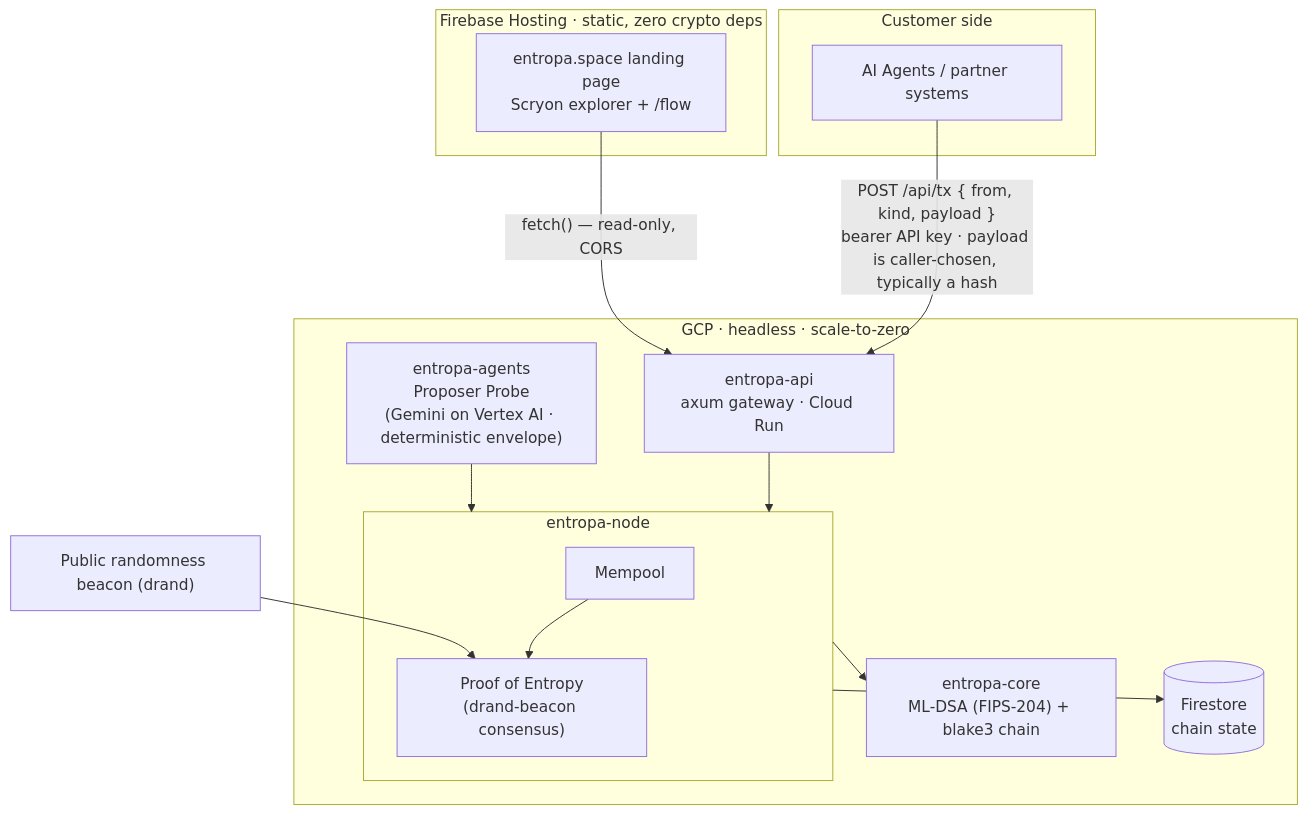
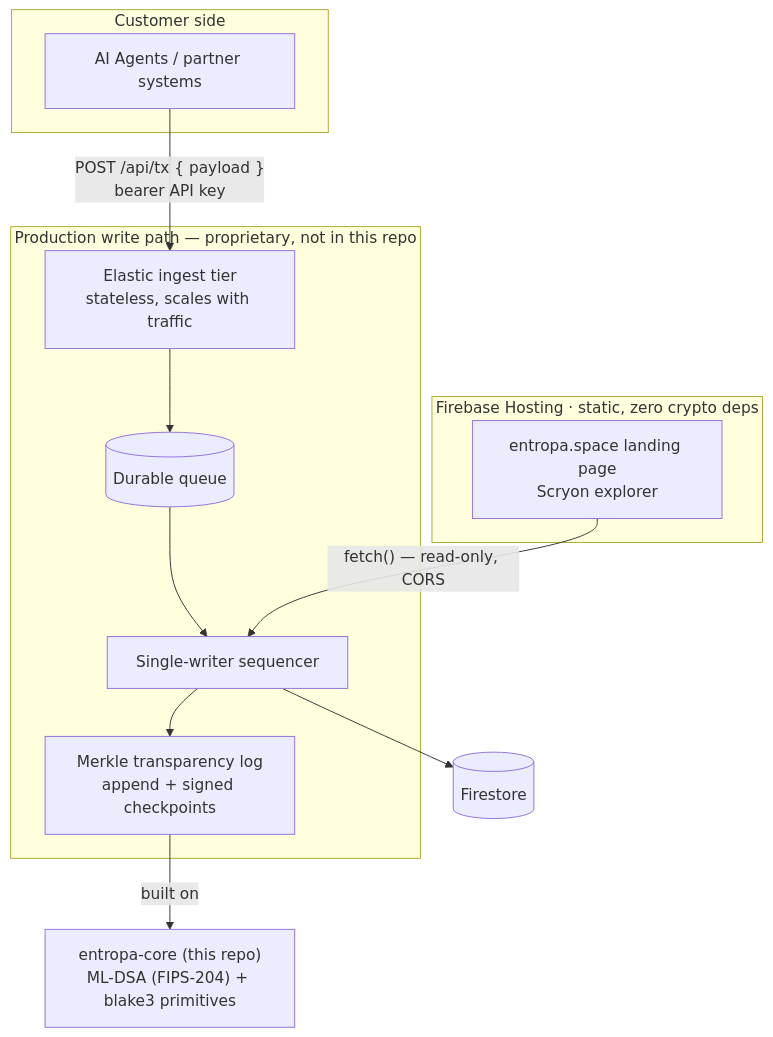
The first of 2 diagrams in ARCHITECTURE.md (aimozart/entropa-public), drawn with Mermaid before and after one commit. The commit also changed other lines of this file, not shown here.

First line of the commit message:
Update architecture diagram for the current Merkle-log + elastic-ingestion system

````diff
--- a/ARCHITECTURE.md
+++ b/ARCHITECTURE.md
@@ -8,30 +16,25 @@
 ```mermaid
 flowchart TB
   subgraph Customer["Customer side"]
     Agents["AI Agents / partner systems"]
   end
 
-  Agents -->|"POST /api/tx { from, kind, payload }<br/>bearer API key · payload is caller-chosen, typically a hash"| API
+  Agents -->|"POST /api/tx { payload }<br/>bearer API key"| INGEST
 
-  subgraph GCP["GCP · headless · scale-to-zero"]
-    API["entropa-api<br/>axum gateway · Cloud Run"]
-    subgraph NODE["entropa-node"]
-      Mempool["Mempool"] --> PoE["Proof of Entropy<br/>(drand-beacon consensus)"]
-    end
-    PROBES["entropa-agents<br/>Proposer Probe<br/>(Gemini on Vertex AI · deterministic envelope)"]
-    CORE["entropa-core<br/>ML-DSA (FIPS-204) + blake3 chain"]
-    STORE[("Firestore<br/>chain state")]
+  subgraph PROD["Production write path — proprietary, not in this repo"]
+    INGEST["Elastic ingest tier<br/>stateless, scales with traffic"]
+    QUEUE[("Durable queue")]
+    SEQ["Single-writer sequencer"]
+    LOG["Merkle transparency log<br/>append + signed checkpoints"]
 
-    API --> NODE
-    PROBES --> NODE
-    NODE --> CORE
-    NODE --> STORE
+    INGEST --> QUEUE --> SEQ --> LOG
   end
 
-  Beacon["Public randomness beacon (drand)"] --> PoE
+  LOG -->|built on| CORE["entropa-core (this repo)<br/>ML-DSA (FIPS-204) + blake3 primitives"]
+  SEQ --> STORE[("Firestore")]
 
   subgraph SITE["Firebase Hosting · static, zero crypto deps"]
-    Scryon["entropa.space landing page<br/>Scryon explorer + /flow"]
+    Scryon["entropa.space landing page<br/>Scryon explorer"]
   end
-  Scryon -->|"fetch() — read-only, CORS"| API
+  Scryon -->|"fetch() — read-only, CORS"| SEQ
 ```
````
